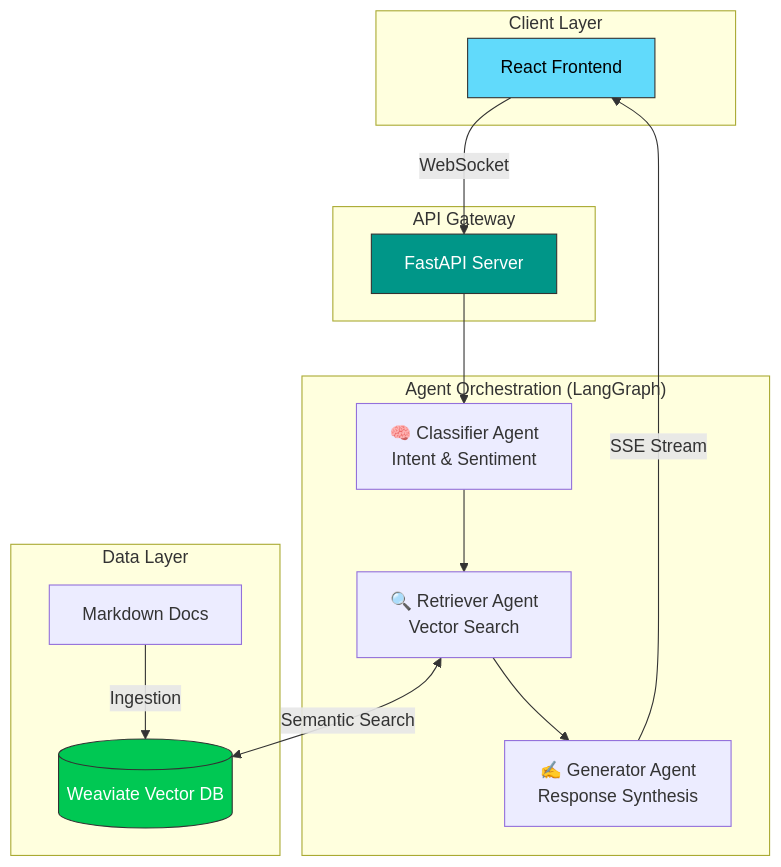
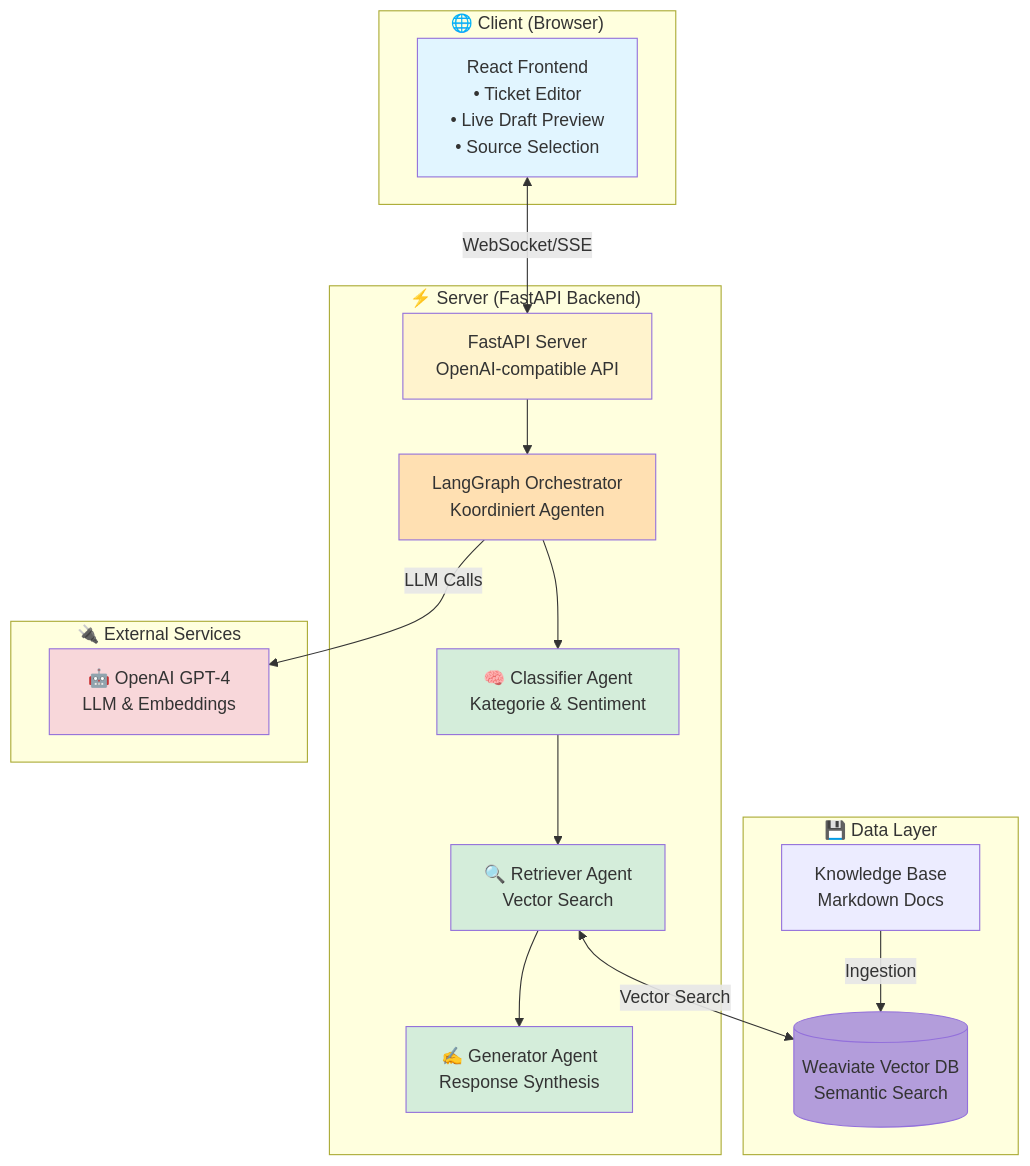
Before and after one commit to Tomadm21/Rag-Support-Agent: the first of 4 diagrams in README.md, drawn with Mermaid. The commit also changed other lines of this file and 10 other files, not shown here.

````diff
--- a/README.md
+++ b/README.md
@@ -52,33 +73,42 @@
 ```mermaid
 graph TB
-    subgraph "Client Layer"
-        UI[React Frontend]
+    subgraph "🌐 Client (Browser)"
+        UI[React Frontend<br/>• Ticket Editor<br/>• Live Draft Preview<br/>• Source Selection]
     end
 
-    subgraph "API Gateway"
-        FastAPI[FastAPI Server]
+    subgraph "⚡ Server (FastAPI Backend)"
+        API[FastAPI Server<br/>OpenAI-compatible API]
+        Graph[LangGraph Orchestrator<br/>Koordiniert Agenten]
+        Agent1[🧠 Classifier Agent<br/>Kategorie & Sentiment]
+        Agent2[🔍 Retriever Agent<br/>Vector Search]
+        Agent3[✍️ Generator Agent<br/>Response Synthesis]
+
+        API --> Graph
+        Graph --> Agent1
+        Agent1 --> Agent2
+        Agent2 --> Agent3
     end
 
-    subgraph "Agent Orchestration (LangGraph)"
-        Classifier[🧠 Classifier Agent<br/>Intent & Sentiment]
-        Retriever[🔍 Retriever Agent<br/>Vector Search]
-        Generator[✍️ Generator Agent<br/>Response Synthesis]
+    subgraph "💾 Data Layer"
+        Weaviate[(Weaviate Vector DB<br/>Semantic Search)]
+        Docs[Knowledge Base<br/>Markdown Docs]
     end
 
-    subgraph "Data Layer"
-        Weaviate[(Weaviate Vector DB)]
-        Docs[Markdown Docs]
+    subgraph "🔌 External Services"
+        OpenAI[🤖 OpenAI GPT-4<br/>LLM & Embeddings]
     end
 
-    UI -->|WebSocket| FastAPI
-    FastAPI --> Classifier
-    Classifier --> Retriever
-    Retriever <-->|Semantic Search| Weaviate
-    Retriever --> Generator
-    Generator -->|SSE Stream| UI
+    UI <-->|WebSocket/SSE| API
+    Agent2 <-->|Vector Search| Weaviate
     Docs -->|Ingestion| Weaviate
+    Graph -->|LLM Calls| OpenAI
 
-    style UI fill:#61DAFB,stroke:#333,color:#000
-    style FastAPI fill:#009688,stroke:#333,color:#fff
-    style Weaviate fill:#00C853,stroke:#333,color:#fff
+    style UI fill:#e1f5ff
+    style API fill:#fff3cd
+    style Graph fill:#ffe0b2
+    style Agent1 fill:#d4edda
+    style Agent2 fill:#d4edda
+    style Agent3 fill:#d4edda
+    style Weaviate fill:#b39ddb
+    style OpenAI fill:#f8d7da
 ```
````
